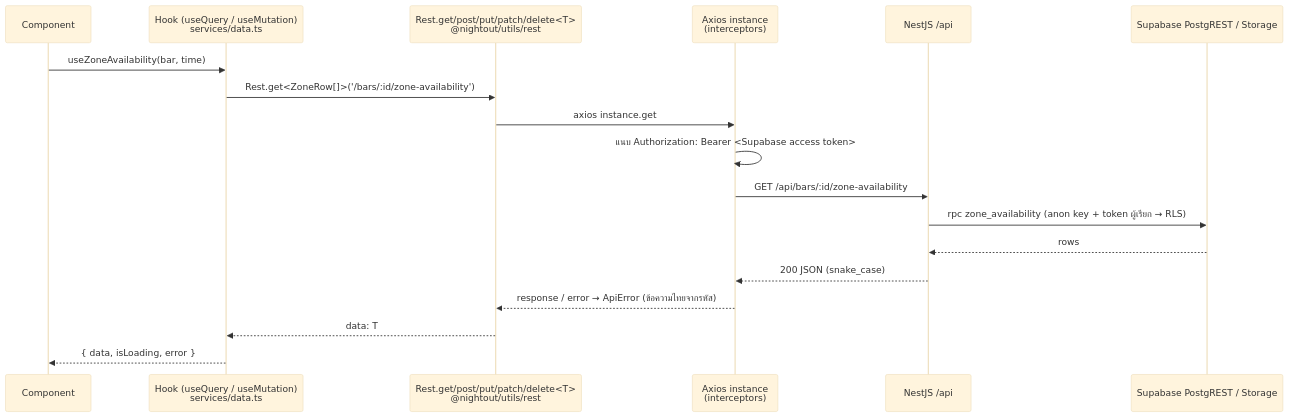
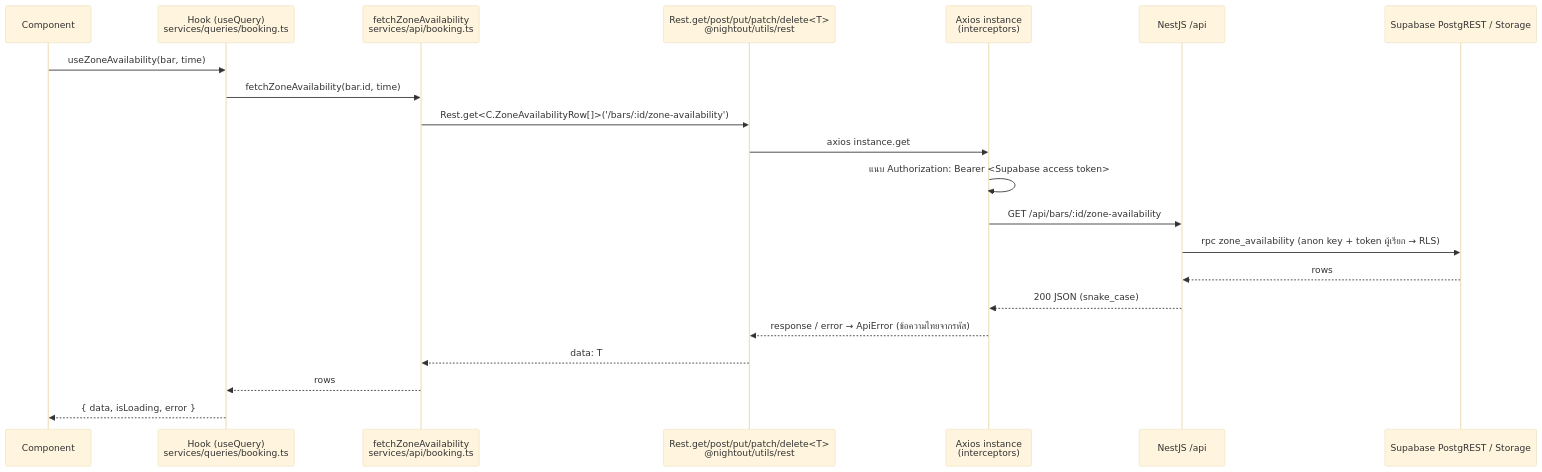
One commit to NightList/NightOut changed the second of 7 diagrams in docs/ARCHITECTURE.md. Above: the diagram before and after it, drawn with Mermaid (base theme). The commit also changed other lines of this file and 4 other files, not shown here.

First line of the commit message:
docs: ADR 0006 → Accepted · DATABASE.md ข้อ 5.0 แผนที่โดเมน→ฟังก์ชัน DB→migration ล่าสุด · ARCHITECTURE/CLAUDE.md ตามโครงโดเมน (เฟส 4)

````diff
--- a/docs/ARCHITECTURE.md
+++ b/docs/ARCHITECTURE.md
@@ -130,20 +132,23 @@
 ```mermaid
 sequenceDiagram
   participant C as Component
-  participant H as Hook (useQuery / useMutation)<br/>services/data.ts
+  participant H as Hook (useQuery)<br/>services/queries/booking.ts
+  participant S as fetchZoneAvailability<br/>services/api/booking.ts
   participant R as Rest.get/post/put/patch/delete<T><br/>@nightout/utils/rest
   participant X as Axios instance<br/>(interceptors)
   participant API as NestJS /api
   participant DB as Supabase PostgREST / Storage
   C->>H: useZoneAvailability(bar, time)
-  H->>R: Rest.get<ZoneRow[]>('/bars/:id/zone-availability')
+  H->>S: fetchZoneAvailability(bar.id, time)
+  S->>R: Rest.get<C.ZoneAvailabilityRow[]>('/bars/:id/zone-availability')
   R->>X: axios instance.get
   X->>X: แนบ Authorization: Bearer <Supabase access token>
   X->>API: GET /api/bars/:id/zone-availability
   API->>DB: rpc zone_availability (anon key + token ผู้เรียก → RLS)
   DB-->>API: rows
   API-->>X: 200 JSON (snake_case)
   X-->>R: response / error → ApiError (ข้อความไทยจากรหัส)
-  R-->>H: data: T
+  R-->>S: data: T
+  S-->>H: rows
   H-->>C: { data, isLoading, error }
 ```
````
